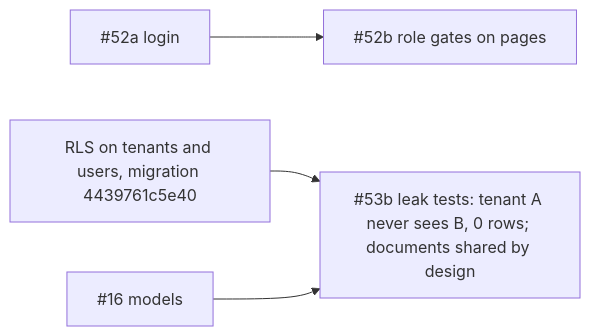
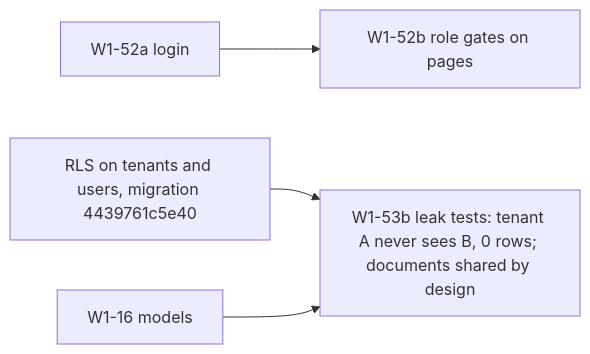
Before and after one commit to Stihotvor/law_by_ai: the third of 9 diagrams in docs/design/wave1-mvp/dag.md, drawn with Mermaid. The commit also changed other lines of this file and 15 other files, not shown here.

````diff
--- a/docs/design/wave1-mvp/dag.md
+++ b/docs/design/wave1-mvp/dag.md
@@ -163,6 +163,6 @@
 ```mermaid
 graph LR
-  L[#52a login] --> R[#52b role gates on pages]
-  E[RLS on tenants and users, migration 4439761c5e40] --> T[#53b leak tests: tenant A never sees B, 0 rows; documents shared by design]
-  M[#16 models] --> T
+  L[W1-52a login] --> R[W1-52b role gates on pages]
+  E[RLS on tenants and users, migration 4439761c5e40] --> T[W1-53b leak tests: tenant A never sees B, 0 rows; documents shared by design]
+  M[W1-16 models] --> T
 ```
````
